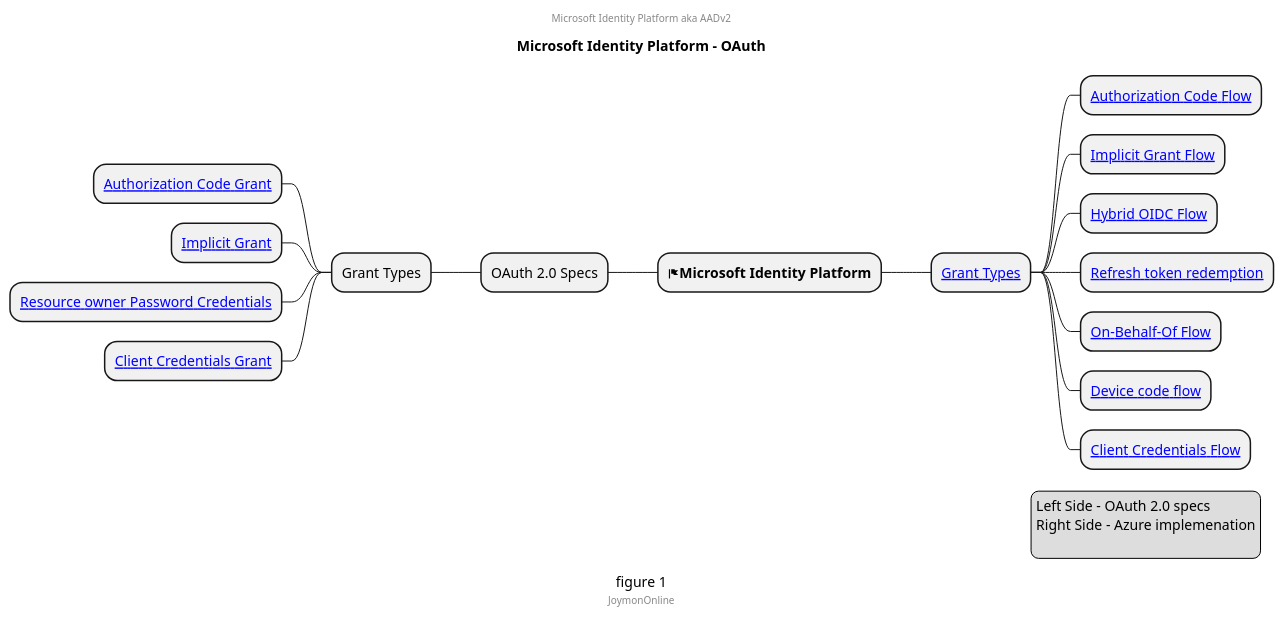
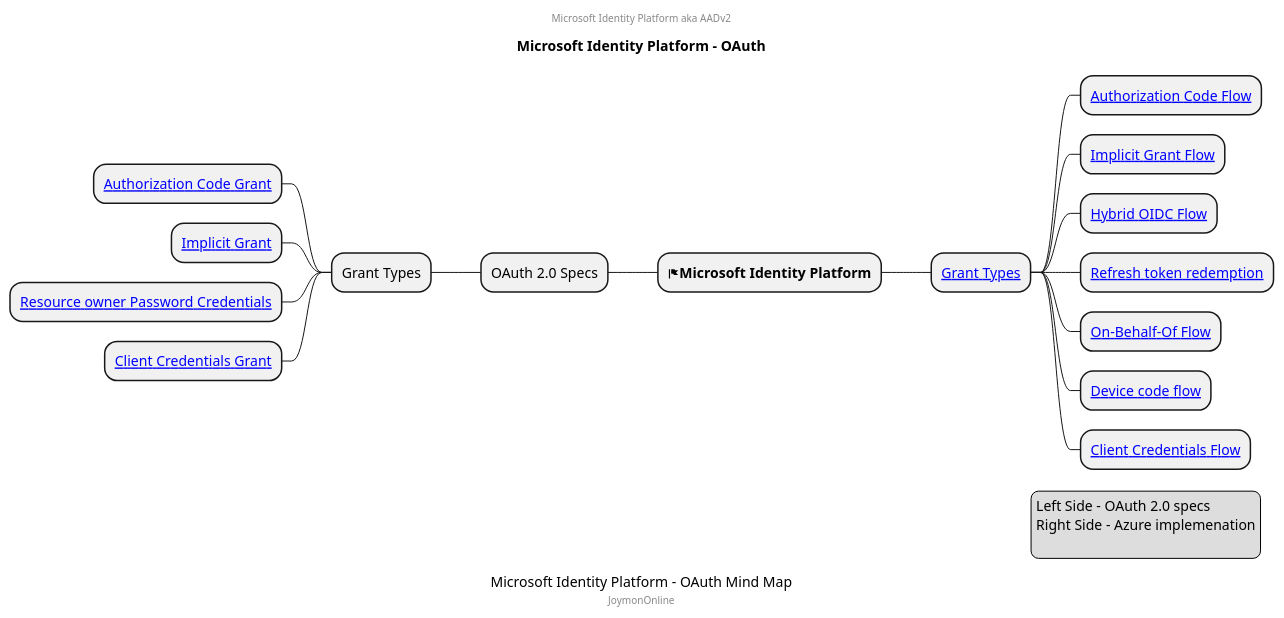
Before and after one commit to mind-maps/software: the diagram in cloud/Azure/microsoft-identity-platform-oauth.puml, drawn with PlantUML.

```diff
--- a/cloud/Azure/microsoft-identity-platform-oauth.puml
+++ b/cloud/Azure/microsoft-identity-platform-oauth.puml
@@ -1,32 +1,32 @@
 @startmindmap
-caption figure 1
+caption Microsoft Identity Platform - OAuth Mind Map
 title Microsoft Identity Platform - OAuth
 center header
 Microsoft Identity Platform aka AADv2
 endheader
 
 * <&flag><b>Microsoft Identity Platform</b>
 ** [[https://docs.microsoft.com/en-us/azure/active-directory/develop/authentication-scenarios Grant Types]]
 *** [[https://docs.microsoft.com/en-us/azure/active-directory/develop/v2-oauth2-auth-code-flow Authorization Code Flow]]
 *** [[https://docs.microsoft.com/en-us/azure/active-directory/develop/v2-oauth2-implicit-grant-flow Implicit Grant Flow]]
 *** [[https://docs.microsoft.com/en-us/azure/active-directory/develop/v2-protocols-oidc#get-access-tokens Hybrid OIDC Flow]]
 *** [[https://docs.microsoft.com/en-us/azure/active-directory/develop/v2-oauth2-auth-code-flow#refresh-the-access-token Refresh token redemption]]
 *** [[https://docs.microsoft.com/en-us/azure/active-directory/develop/v2-oauth2-on-behalf-of-flow On-Behalf-Of Flow]]
 *** [[https://docs.microsoft.com/en-us/azure/active-directory/develop/v2-oauth2-device-code Device code flow]]
 *** [[https://docs.microsoft.com/en-us/azure/active-directory/develop/v2-oauth2-client-creds-grant-flow Client Credentials Flow]]
 left side
 ** OAuth 2.0 Specs
 *** Grant Types
 **** [[https://tools.ietf.org/html/rfc6749#page-24 Authorization Code Grant]]
 **** [[https://tools.ietf.org/html/rfc6749#page-31 Implicit Grant]]
 **** [[https://tools.ietf.org/html/rfc6749#page-37 Resource owner Password Credentials]]
 **** [[https://tools.ietf.org/html/rfc6749#page-40 Client Credentials Grant]]
 center footer JoymonOnline
 
 legend right
   Left Side - OAuth 2.0 specs
   Right Side - Azure implemenation
   
 endlegend
 
 @endmindmap
```
